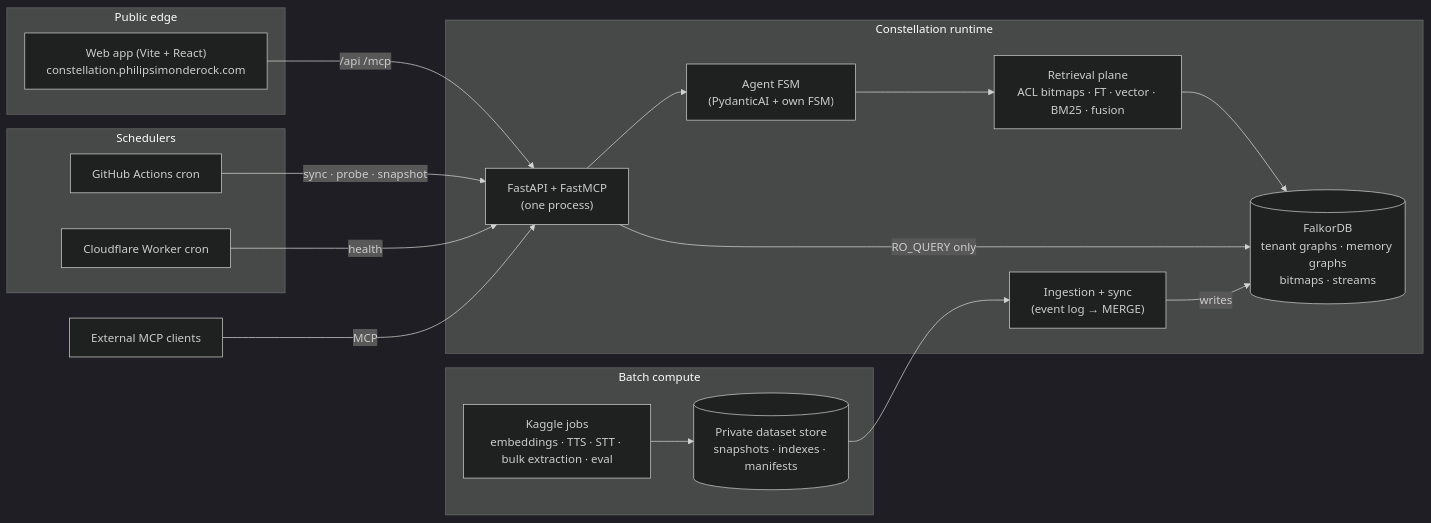
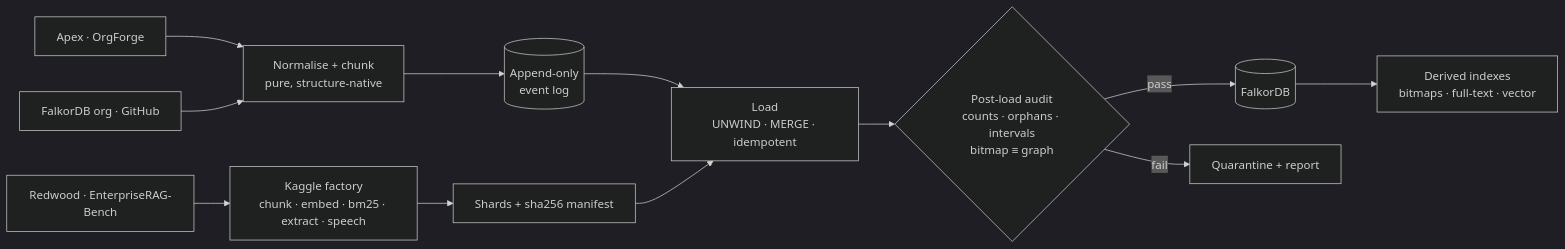
Before and after one commit to simon-derock/constellation: the fourth of 8 diagrams in PLAN_SPEC.md, drawn with Mermaid (dark theme). The commit also changed other lines of this file, not shown here.

First line of the commit message:
docs(spec): add validated architecture, UML and sequence diagrams

````diff
--- a/PLAN_SPEC.md
+++ b/PLAN_SPEC.md
@@ -246,29 +616,14 @@
 ```mermaid
 flowchart LR
-  subgraph Edge["Public edge"]
-    WEB["Web app (Vite + React)<br/>constellation.philipsimonderock.com"]
-  end
-  subgraph Core["Constellation runtime"]
-    API["FastAPI + FastMCP<br/>(one process)"]
-    AG["Agent FSM<br/>(PydanticAI + own FSM)"]
-    RET["Retrieval plane<br/>ACL bitmaps · FT · vector · BM25 · fusion"]
-    ING["Ingestion + sync<br/>(event log → MERGE)"]
-    FDB[("FalkorDB<br/>tenant graphs · memory graphs<br/>bitmaps · streams")]
-  end
-  subgraph Batch["Batch compute"]
-    KG["Kaggle jobs<br/>embeddings · TTS · STT · bulk extraction · eval"]
-    HFD[("Private dataset store<br/>snapshots · indexes · manifests")]
-  end
-  subgraph Sched["Schedulers"]
-    GHA["GitHub Actions cron"]
-    CFW["Cloudflare Worker cron"]
-  end
-  WEB -->|/api /mcp| API
-  API --> AG --> RET --> FDB
-  API -->|RO_QUERY only| FDB
-  ING -->|writes| FDB
-  KG --> HFD --> ING
-  GHA -->|sync · probe · snapshot| API
-  CFW -->|health| API
-  EXT["External MCP clients"] -->|MCP| API
+  S1["Apex · OrgForge"] --> N
+  S3["FalkorDB org · GitHub"] --> N
+  S2["Redwood · EnterpriseRAG-Bench"] --> K
+  N["Normalise + chunk<br/>pure, structure-native"] --> E[("Append-only<br/>event log")]
+  K["Kaggle factory<br/>chunk · embed · bm25 · extract · speech"] --> M["Shards + sha256 manifest"]
+  E --> L
+  M --> L["Load<br/>UNWIND · MERGE · idempotent"]
+  L --> A{"Post-load audit<br/>counts · orphans · intervals<br/>bitmap ≡ graph"}
+  A -->|"pass"| G[("FalkorDB")]
+  A -->|"fail"| Q["Quarantine + report"]
+  G --> D["Derived indexes<br/>bitmaps · full-text · vector"]
 ```
````
